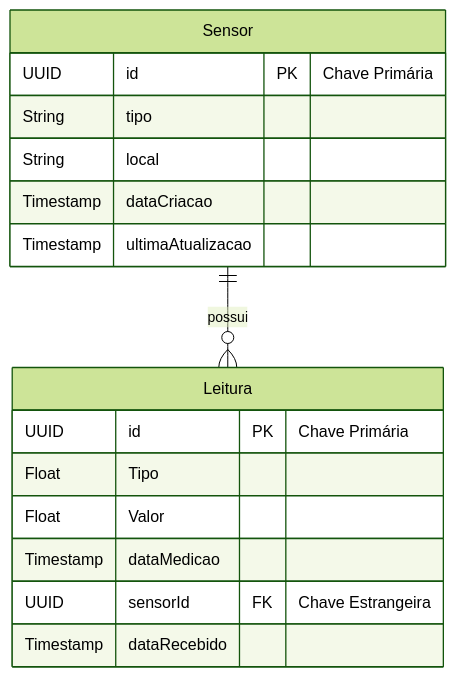
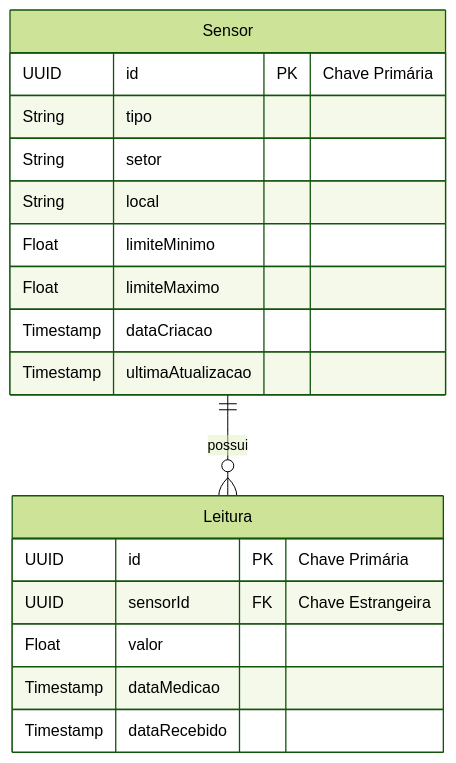
One commit to Ayrton01/SENSOR---API changed the diagram in Diagrama/Entidade_Relacionamento.mmd. Above: the diagram before and after it, drawn with Mermaid (forest theme).

```diff
--- a/Diagrama/Entidade_Relacionamento.mmd
+++ b/Diagrama/Entidade_Relacionamento.mmd
@@ -1,18 +1,20 @@
 erDiagram
     Sensor {
         UUID id PK "Chave Primária"
         String tipo
+        String setor
         String local
+        Float limiteMinimo
+        Float limiteMaximo
         Timestamp dataCriacao
         Timestamp ultimaAtualizacao
     }
     Leitura {
         UUID id PK "Chave Primária"
-        Float Tipo
-        Float Valor
+        UUID sensorId FK "Chave Estrangeira"
+        Float valor
         Timestamp dataMedicao
-        UUID sensorId FK "Chave Estrangeira"
         Timestamp dataRecebido
     }
 
     Sensor ||--o{ Leitura : "possui"
```
